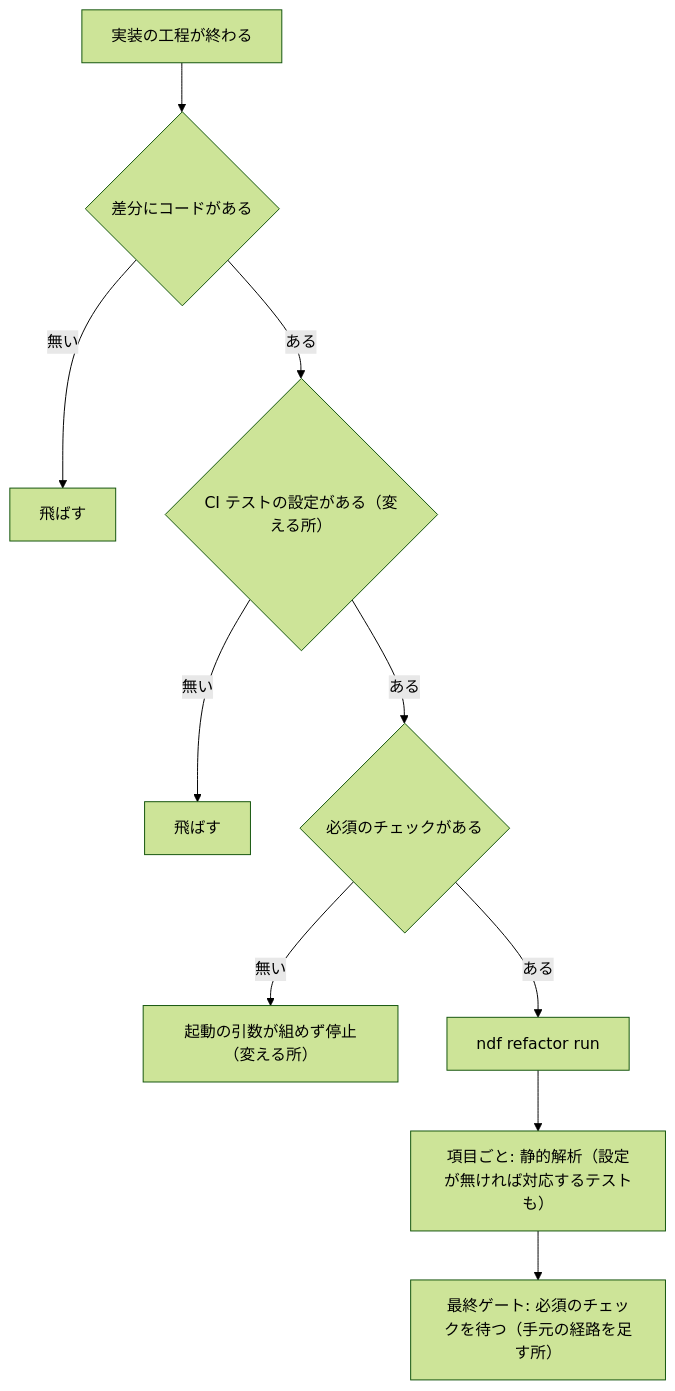
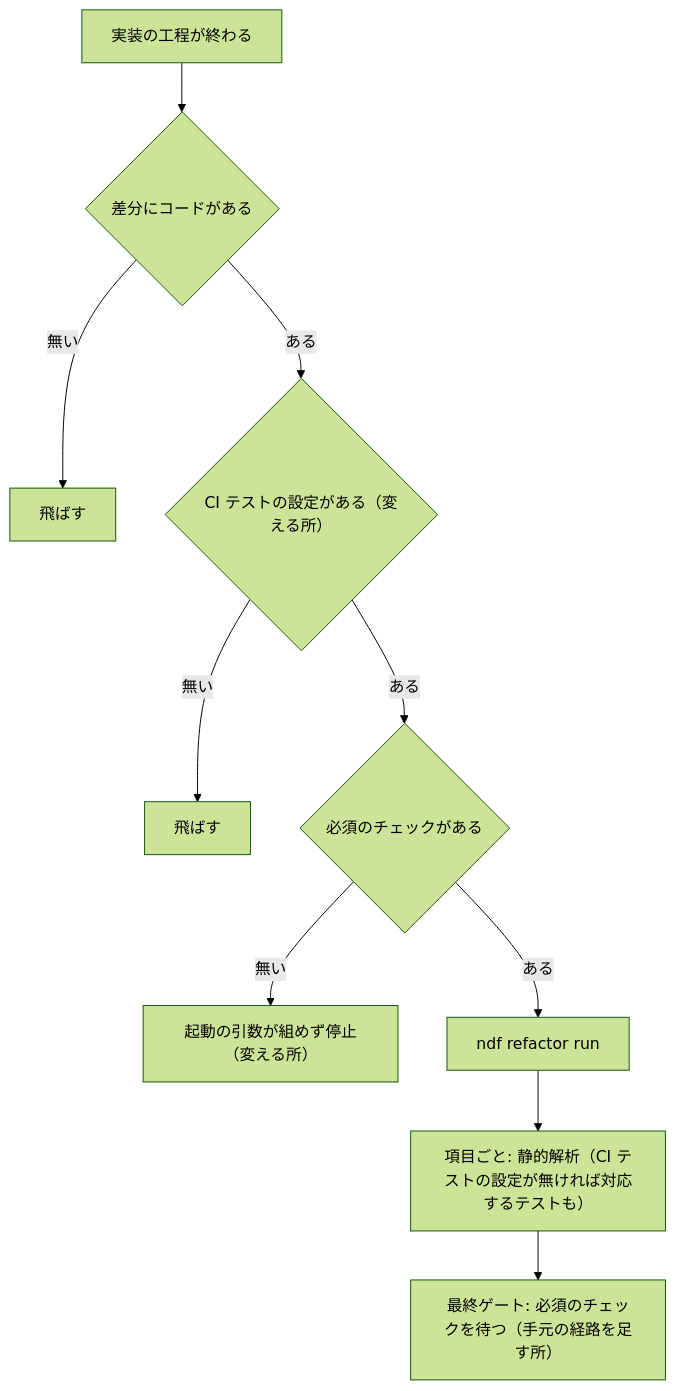
Before and after one commit to devbasex/ai-plugins: the first of 4 diagrams in issues/issue-4566-design.md, drawn with Mermaid (forest theme). The commit also changed other lines of this file and 3 other files, not shown here.

````diff
--- a/issues/issue-4566-design.md
+++ b/issues/issue-4566-design.md
@@ -9,12 +20,12 @@
 ```mermaid
 graph TB
     S["実装の工程が終わる"] --> C{"差分にコードがある"}
     C -->|無い| K1["飛ばす"]
     C -->|ある| D{"CI テストの設定がある（変える所）"}
     D -->|無い| K2["飛ばす"]
     D -->|ある| A{"必須のチェックがある"}
     A -->|無い| E["起動の引数が組めず停止（変える所）"]
     A -->|ある| R["ndf refactor run"]
-    R --> I["項目ごと: 静的解析（設定が無ければ対応するテストも）"]
+    R --> I["項目ごと: 静的解析（CI テストの設定が無ければ対応するテストも）"]
     I --> G["最終ゲート: 必須のチェックを待つ（手元の経路を足す所）"]
 ```
````
